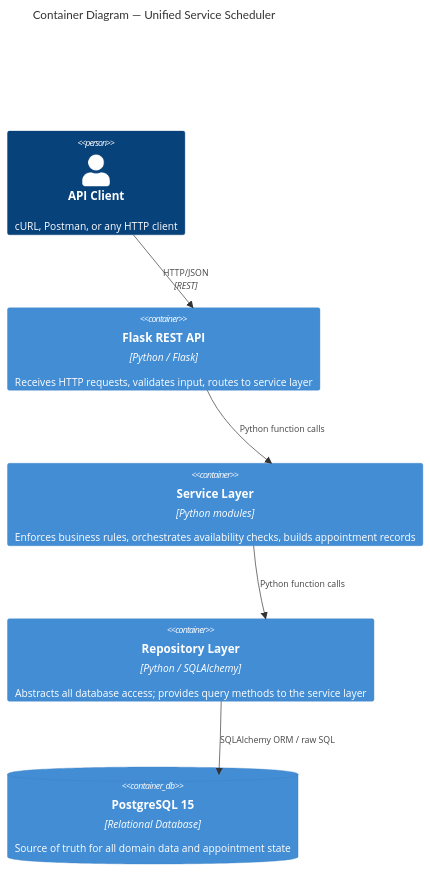
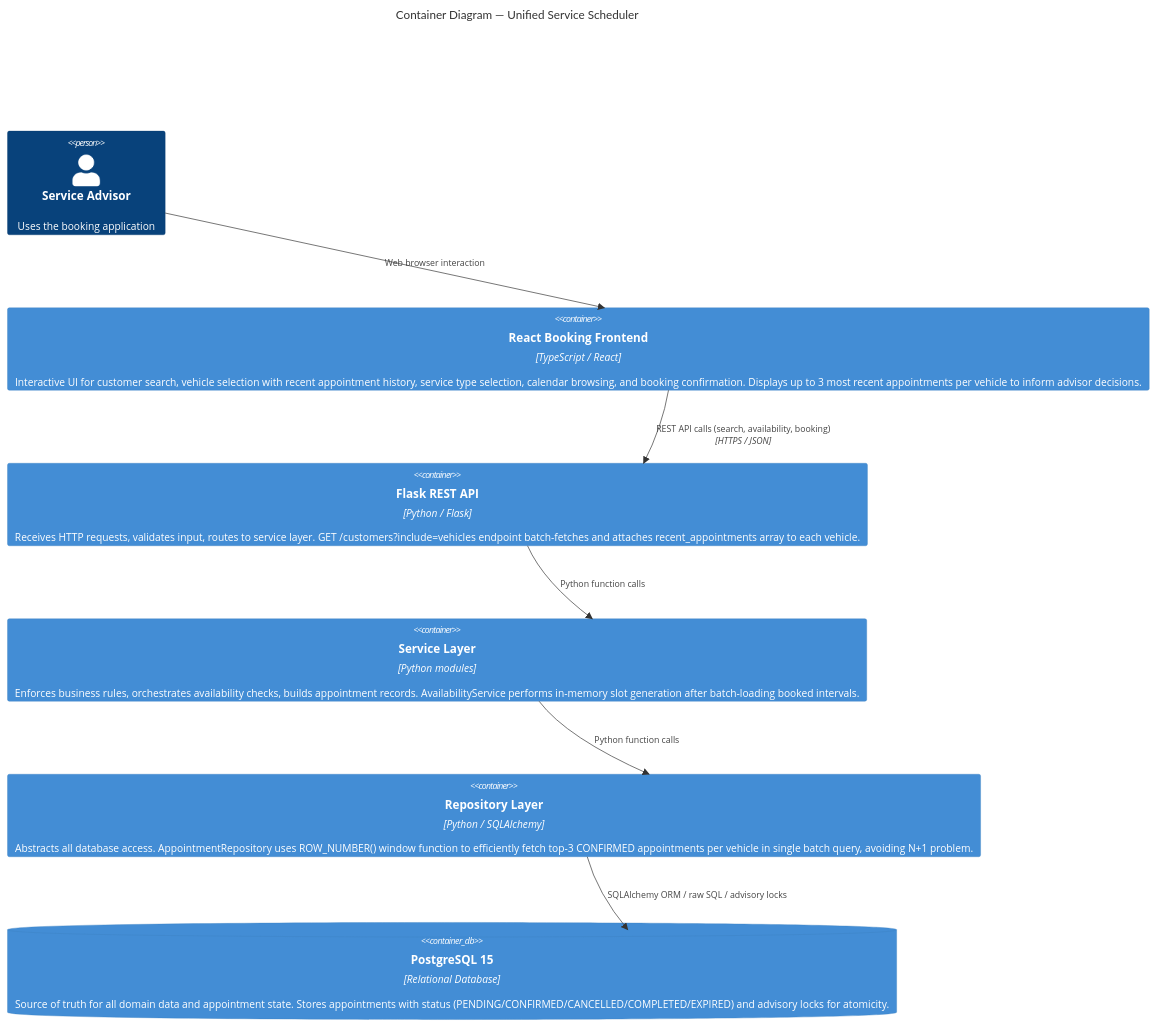
Before and after one commit to hungcaovu/keyloop: the second of 3 diagrams in SYSTEM_DESIGN.md, drawn with Mermaid. The commit also changed other lines of this file and 2 other files, not shown here.

````diff
--- a/SYSTEM_DESIGN.md
+++ b/SYSTEM_DESIGN.md
@@ -92,16 +95,18 @@
 ```mermaid
 C4Container
     title Container Diagram — Unified Service Scheduler
 
-    Person(client, "API Client", "cURL, Postman, or any HTTP client")
+    Person(advisor, "Service Advisor", "Uses the booking application")
 
-    Container(api, "Flask REST API", "Python / Flask", "Receives HTTP requests, validates input, routes to service layer")
-    Container(service, "Service Layer", "Python modules", "Enforces business rules, orchestrates availability checks, builds appointment records")
-    Container(repo, "Repository Layer", "Python / SQLAlchemy", "Abstracts all database access; provides query methods to the service layer")
-    ContainerDb(pg, "PostgreSQL 15", "Relational Database", "Source of truth for all domain data and appointment state")
+    Container(frontend, "React Booking Frontend", "TypeScript / React", "Interactive UI for customer search, vehicle selection with recent appointment history, service type selection, calendar browsing, and booking confirmation. Displays up to 3 most recent appointments per vehicle to inform advisor decisions.")
+    Container(api, "Flask REST API", "Python / Flask", "Receives HTTP requests, validates input, routes to service layer. GET /customers?include=vehicles endpoint batch-fetches and attaches recent_appointments array to each vehicle.")
+    Container(service, "Service Layer", "Python modules", "Enforces business rules, orchestrates availability checks, builds appointment records. AvailabilityService performs in-memory slot generation after batch-loading booked intervals.")
+    Container(repo, "Repository Layer", "Python / SQLAlchemy", "Abstracts all database access. AppointmentRepository uses ROW_NUMBER() window function to efficiently fetch top-3 CONFIRMED appointments per vehicle in single batch query, avoiding N+1 problem.")
+    ContainerDb(pg, "PostgreSQL 15", "Relational Database", "Source of truth for all domain data and appointment state. Stores appointments with status (PENDING/CONFIRMED/CANCELLED/COMPLETED/EXPIRED) and advisory locks for atomicity.")
 
-    Rel(client, api, "HTTP/JSON", "REST")
+    Rel(advisor, frontend, "Web browser interaction")
+    Rel(frontend, api, "REST API calls (search, availability, booking)", "HTTPS / JSON")
     Rel(api, service, "Python function calls")
     Rel(service, repo, "Python function calls")
-    Rel(repo, pg, "SQLAlchemy ORM / raw SQL")
+    Rel(repo, pg, "SQLAlchemy ORM / raw SQL / advisory locks")
 ```
````
